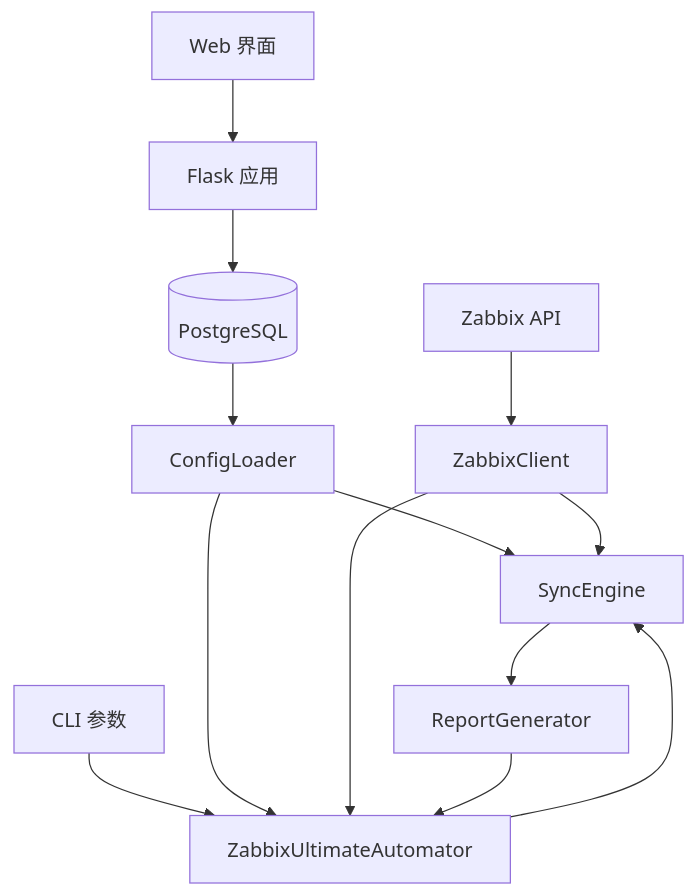
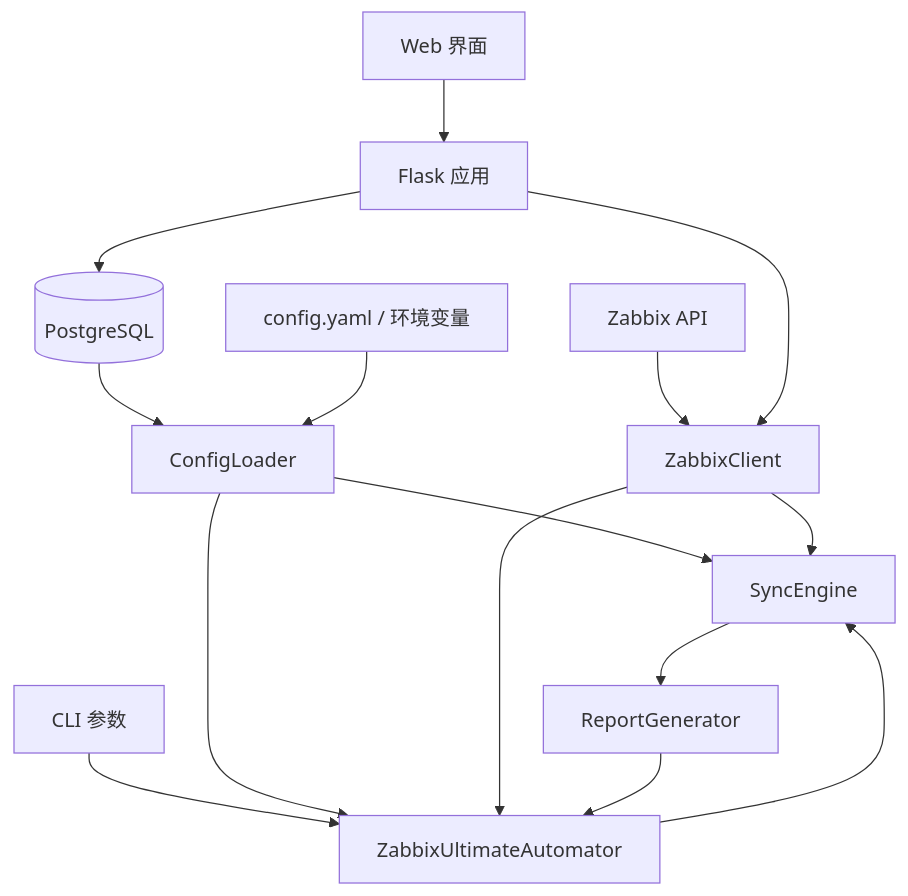
Before and after one commit to i-f2/zabbix_mac: the diagram in CODE_WIKI.md, drawn with Mermaid. The commit also changed other lines of this file, not shown here.

````diff
--- a/CODE_WIKI.md
+++ b/CODE_WIKI.md
@@ -21,15 +26,17 @@
 ```mermaid
 flowchart TD
     C[(PostgreSQL)] --> B[ConfigLoader]
     B --> D[SyncEngine]
     E[Zabbix API] --> F[ZabbixClient]
     F --> D
     D --> G[ReportGenerator]
     H[CLI 参数] --> I[ZabbixUltimateAutomator]
+    J[config.yaml / 环境变量] --> B
     B --> I
     F --> I
     G --> I
     I --> D
-    J[Web 界面] --> K[Flask 应用]
-    K --> C
+    K[Web 界面] --> L[Flask 应用]
+    L --> C
+    L --> F
 ```
````
